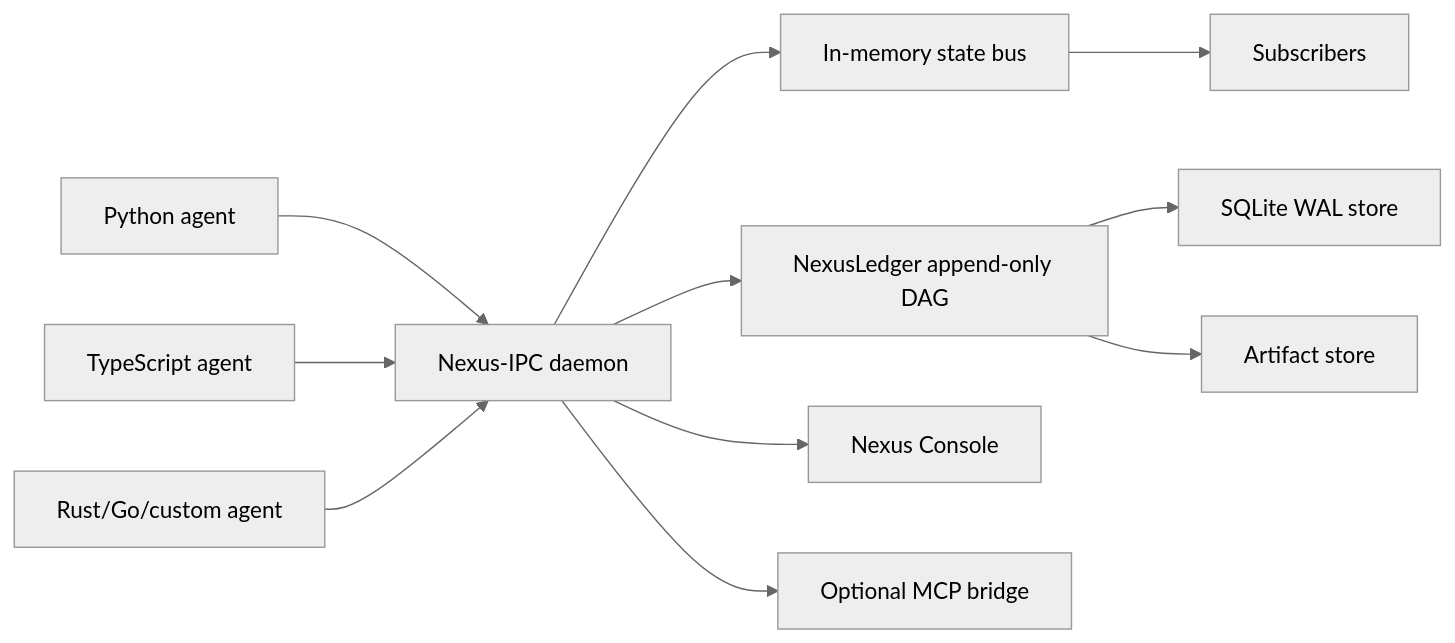
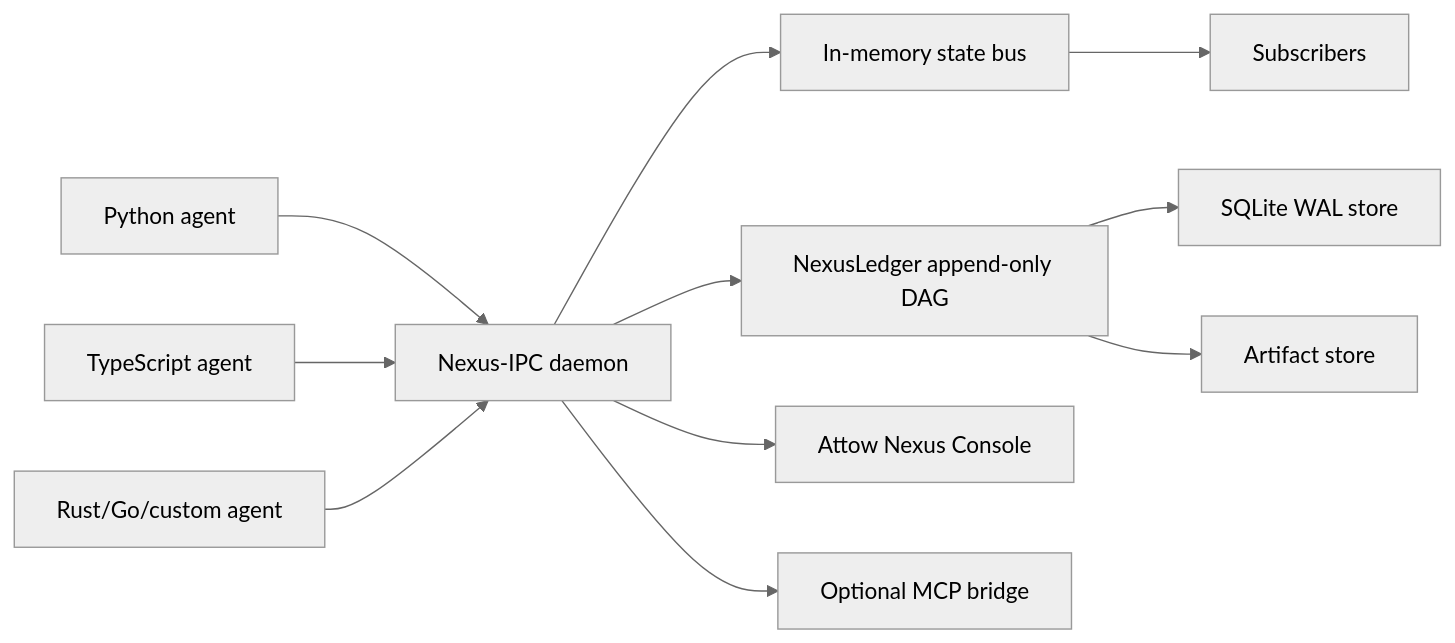
The diagram in README.md (sharb1235-hash/attow-nexus), drawn with Mermaid (neutral theme) before and after one commit. The commit also changed other lines of this file and 64 other files, not shown here.

````diff
--- a/README.md
+++ b/README.md
@@ -117,13 +124,13 @@
 ```mermaid
 flowchart LR
   A["Python agent"] --> IPC["Nexus-IPC daemon"]
   B["TypeScript agent"] --> IPC
   C["Rust/Go/custom agent"] --> IPC
   IPC --> BUS["In-memory state bus"]
   BUS --> SUB["Subscribers"]
   IPC --> LEDGER["NexusLedger append-only DAG"]
   LEDGER --> SQLITE["SQLite WAL store"]
   LEDGER --> ART["Artifact store"]
-  IPC --> CONSOLE["Nexus Console"]
+  IPC --> CONSOLE["Attow Nexus Console"]
   IPC --> MCP["Optional MCP bridge"]
 ```
````
